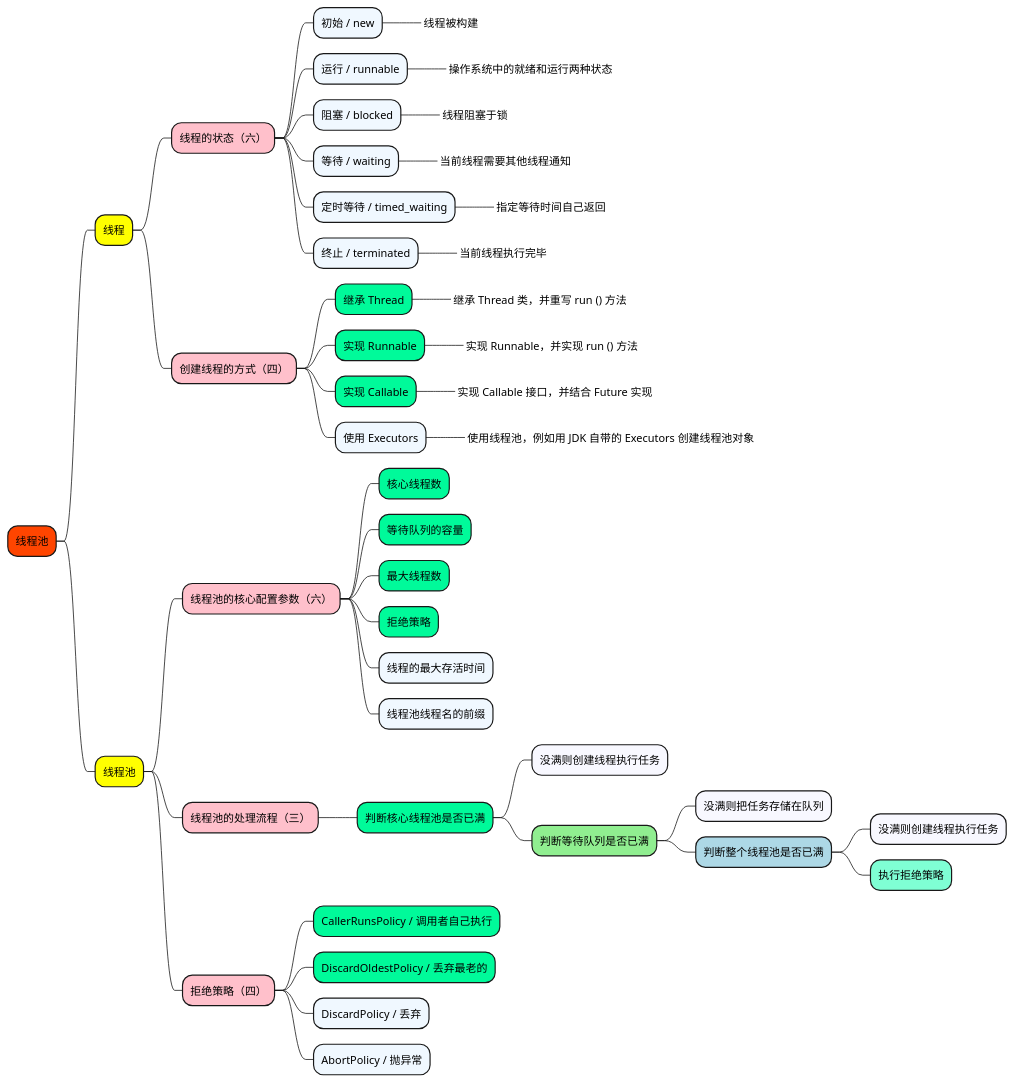
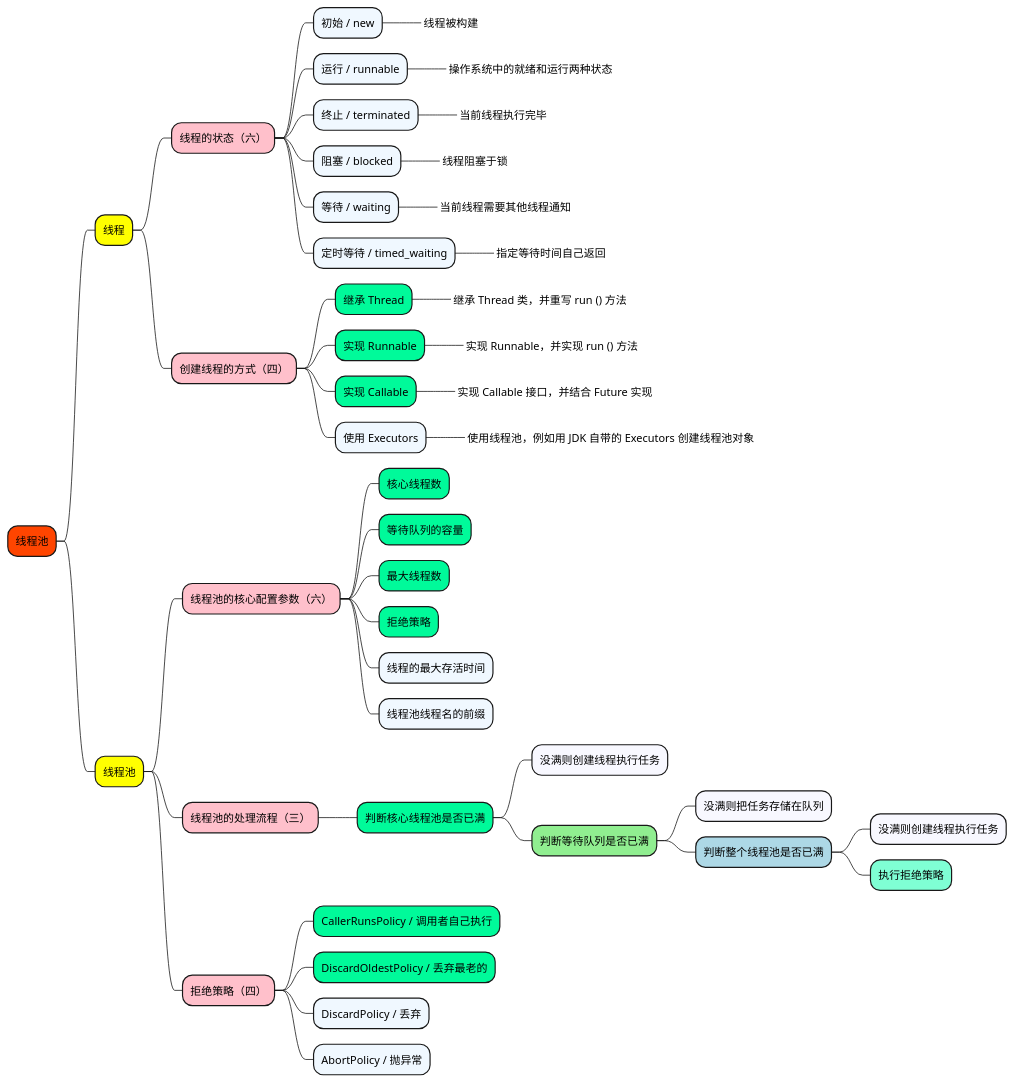
Before and after one commit to doveg/self-cultivation-of-a-software-engineer: the diagram in 1_map/java/Thread-pool.puml, drawn with PlantUML. The commit also changed other lines of this file and 19 other files, not shown here.

```diff
--- a/1_map/java/Thread-pool.puml
+++ b/1_map/java/Thread-pool.puml
@@ -1,58 +1,58 @@
 @startmindmap
 
 +[#OrangeRed] 线程池
 
 ++[#yellow] 线程
 
 +++[#Pink] 线程的状态（六）
 ++++[#AliceBlue] 初始 / new
 +++++[#GhostWhite]_ 线程被构建
 ++++[#AliceBlue] 运行 / runnable
 +++++[#GhostWhite]_ 操作系统中的就绪和运行两种状态
+++++[#AliceBlue] 终止 / terminated
++++++[#GhostWhite]_ 当前线程执行完毕
 ++++[#AliceBlue] 阻塞 / blocked
 +++++[#GhostWhite]_ 线程阻塞于锁
 ++++[#AliceBlue] 等待 / waiting
 +++++[#GhostWhite]_ 当前线程需要其他线程通知
 ++++[#AliceBlue] 定时等待 / timed_waiting
 +++++[#GhostWhite]_ 指定等待时间自己返回
-++++[#AliceBlue] 终止 / terminated
-+++++[#GhostWhite]_ 当前线程执行完毕
 
 +++[#Pink] 创建线程的方式（四）
 ++++[#MediumSpringGreen] 继承 Thread
 +++++[#GhostWhite]_ 继承 Thread 类，并重写 run () 方法
 ++++[#MediumSpringGreen] 实现 Runnable
 +++++[#GhostWhite]_ 实现 Runnable，并实现 run () 方法
 ++++[#MediumSpringGreen] 实现 Callable
 +++++[#GhostWhite]_ 实现 Callable 接口，并结合 Future 实现
 ++++[#AliceBlue] 使用 Executors
 +++++[#GhostWhite]_ 使用线程池，例如用 JDK 自带的 Executors 创建线程池对象
 
 
 ++[#yellow] 线程池
 
 +++[#Pink] 线程池的核心配置参数（六）
 ++++[#MediumSpringGreen] 核心线程数
 ++++[#MediumSpringGreen] 等待队列的容量
 ++++[#MediumSpringGreen] 最大线程数
 ++++[#MediumSpringGreen] 拒绝策略
 ++++[#AliceBlue] 线程的最大存活时间
 ++++[#AliceBlue] 线程池线程名的前缀
 
 +++[#Pink] 线程池的处理流程（三）
 ++++[#MediumSpringGreen] 判断核心线程池是否已满
 +++++[#GhostWhite] 没满则创建线程执行任务
 +++++[#LightGreen] 判断等待队列是否已满
 ++++++[#GhostWhite] 没满则把任务存储在队列
 ++++++[#LightBlue] 判断整个线程池是否已满
 +++++++[#GhostWhite] 没满则创建线程执行任务
 +++++++[#Aquamarine] 执行拒绝策略
 
 +++[#Pink] 拒绝策略（四）
 ++++[#MediumSpringGreen] CallerRunsPolicy / 调用者自己执行
 ++++[#MediumSpringGreen] DiscardOldestPolicy / 丢弃最老的
 ++++[#AliceBlue] DiscardPolicy / 丢弃
 ++++[#AliceBlue] AbortPolicy / 抛异常
 
 
 @endmindmap
```
